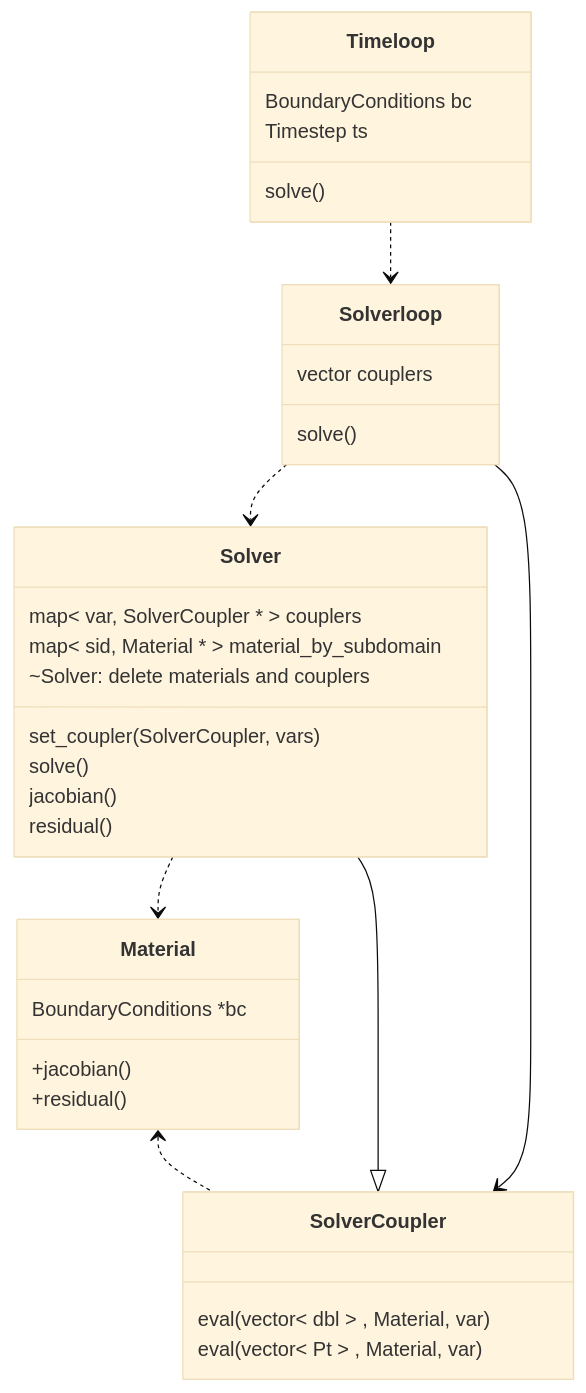
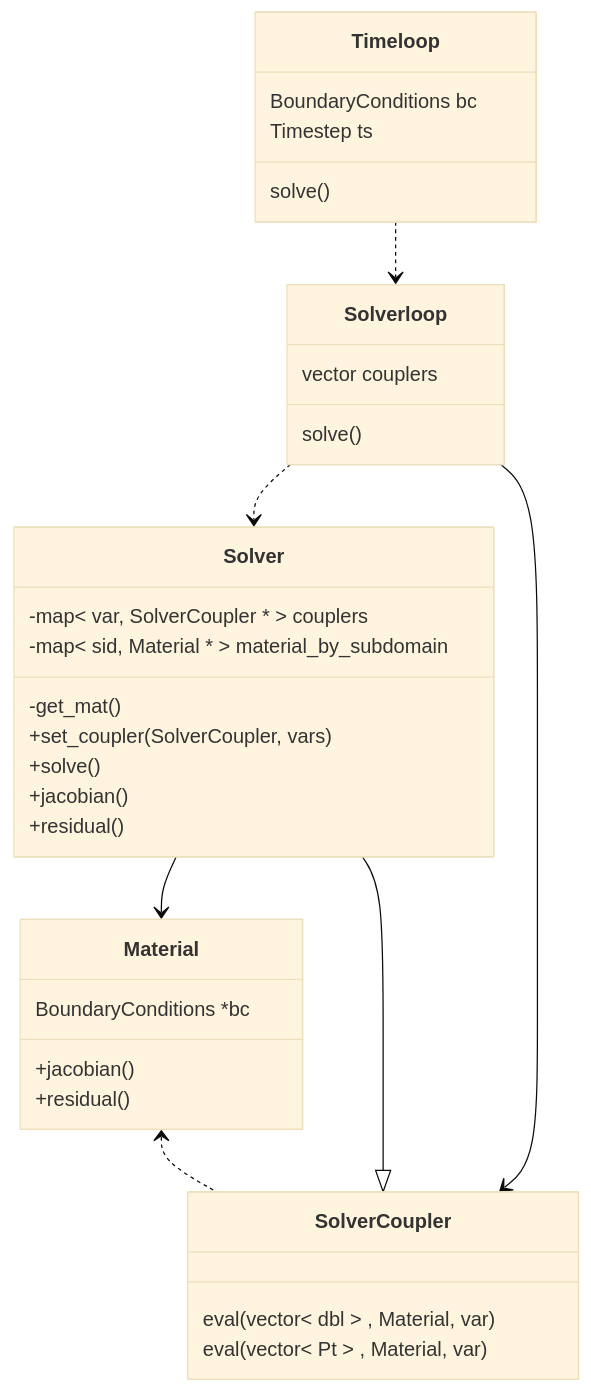
Before and after one commit to rebpoli/harpy: the first of 2 diagrams in doc/Description.md, drawn with Mermaid (base theme).

````diff
--- a/doc/Description.md
+++ b/doc/Description.md
@@ -20,44 +20,44 @@
 ```mermaid
 %% Interfaces, abstract classes
 classDiagram
     class Timeloop { 
         BoundaryConditions bc
         Timestep ts
         solve()
     }
 
     class Solverloop {
         vector<SolverCoupler *> couplers
         solve()
     }
 
     class SolverCoupler {
         eval( vector< dbl > , Material, var )
         eval( vector< Pt >  , Material, var )
     }
 
     class Solver {
-        map< var, SolverCoupler * > couplers
-        map< sid, Material * > material_by_subdomain
-        ~Solver: delete materials and couplers
-        set_coupler(SolverCoupler, vars)
-        solve()
-        jacobian()
-        residual()
+        -map< var, SolverCoupler * > couplers
+        -map< sid, Material * > material_by_subdomain
+        -get_mat()
+        +set_coupler(SolverCoupler, vars)
+        +solve()
+        +jacobian()
+        +residual()
     }
 
 
     class Material {
         BoundaryConditions *bc
         +jacobian()
         +residual()
     }
 
     SolverCoupler <|-- Solver
     Material <.. SolverCoupler
     Timeloop ..> Solverloop
     Solverloop ..> Solver
     Solverloop --> SolverCoupler
-    Solver..> Material
+    Solver --> Material
 
 ```
````
